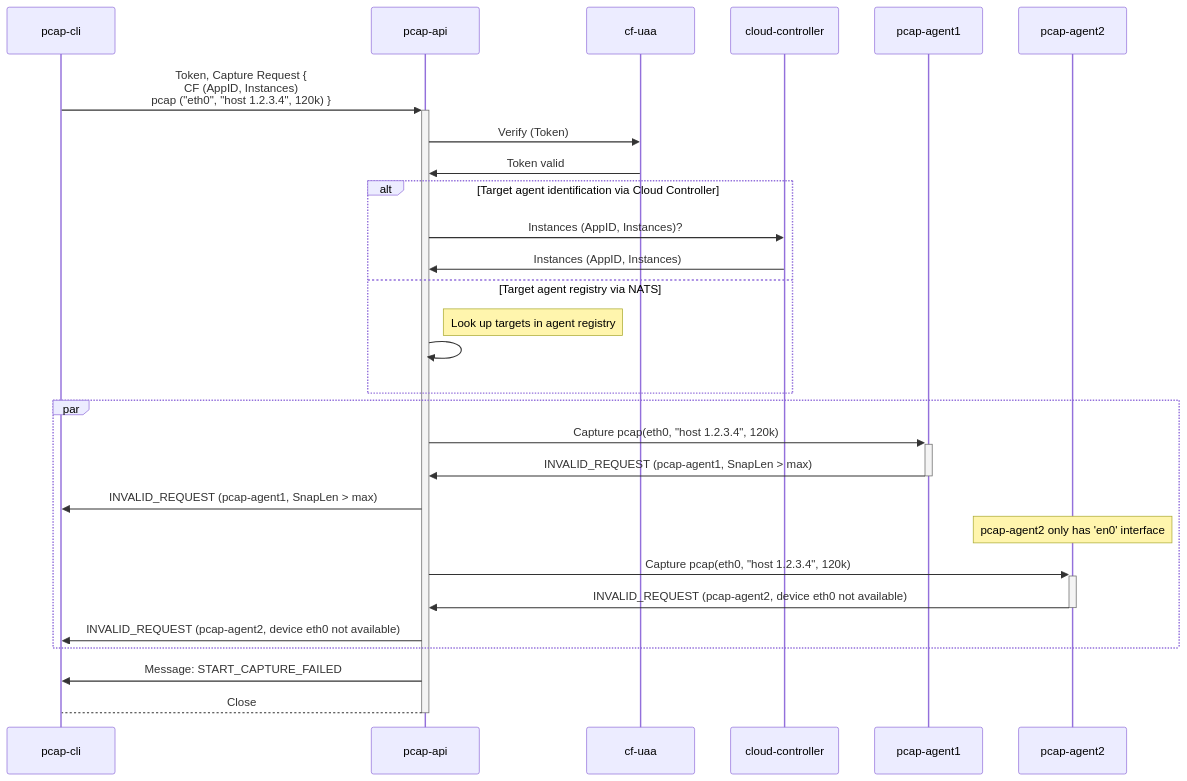
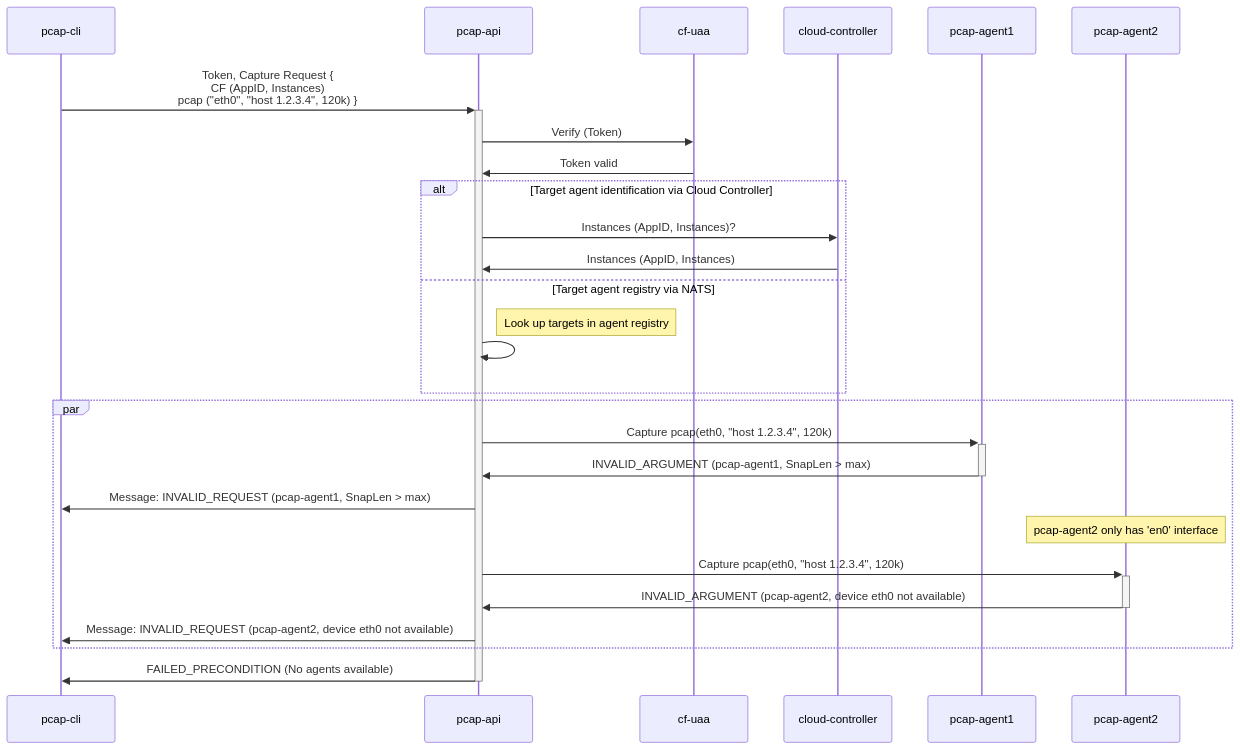
Diagram 15 of 21 in docs/api-communication-spec.md (cloudfoundry/pcap-release), drawn with Mermaid before and after one commit. The commit also changed other lines of this file, not shown here.

Commit message:
docs(api): adapted all use cases to native gRPC status codes where applicable

````diff
--- a/docs/api-communication-spec.md
+++ b/docs/api-communication-spec.md
@@ -694,26 +689,25 @@
 ```mermaid
 sequenceDiagram
     pcap-cli ->>+ pcap-api: Token, Capture Request {<br/>CF (AppID, Instances)<br/>pcap ("eth0", "host 1.2.3.4", 120k) }
     pcap-api ->> cf-uaa: Verify (Token)
     cf-uaa ->> pcap-api: Token valid
     alt Target agent identification via Cloud Controller
         pcap-api ->> cloud-controller: Instances (AppID, Instances)?
         cloud-controller ->> pcap-api: Instances (AppID, Instances)
     else Target agent registry via NATS
         note right of pcap-api: Look up targets in agent registry
         pcap-api ->> pcap-api: 
     end
     par
         pcap-api ->>+ pcap-agent1: Capture pcap(eth0, "host 1.2.3.4", 120k)
-        pcap-agent1 ->>- pcap-api: INVALID_REQUEST (pcap-agent1, SnapLen > max)
-        pcap-api ->> pcap-cli: INVALID_REQUEST (pcap-agent1, SnapLen > max)
+        pcap-agent1 ->>- pcap-api: INVALID_ARGUMENT (pcap-agent1, SnapLen > max)
+        pcap-api ->> pcap-cli: Message: INVALID_REQUEST (pcap-agent1, SnapLen > max)
     
         note over pcap-agent2: pcap-agent2 only has 'en0' interface
         pcap-api ->>+ pcap-agent2: Capture pcap(eth0, "host 1.2.3.4", 120k)
-        pcap-agent2 ->>- pcap-api: INVALID_REQUEST (pcap-agent2, device eth0 not available)
-        pcap-api ->> pcap-cli: INVALID_REQUEST (pcap-agent2, device eth0 not available)
+        pcap-agent2 ->>- pcap-api: INVALID_ARGUMENT (pcap-agent2, device eth0 not available)
+        pcap-api ->> pcap-cli: Message: INVALID_REQUEST (pcap-agent2, device eth0 not available)
     end
     
-    pcap-api ->> pcap-cli: Message: START_CAPTURE_FAILED
-    pcap-api -->- pcap-cli: Close
+    pcap-api ->>- pcap-cli: FAILED_PRECONDITION (No agents available)
 ```
````
